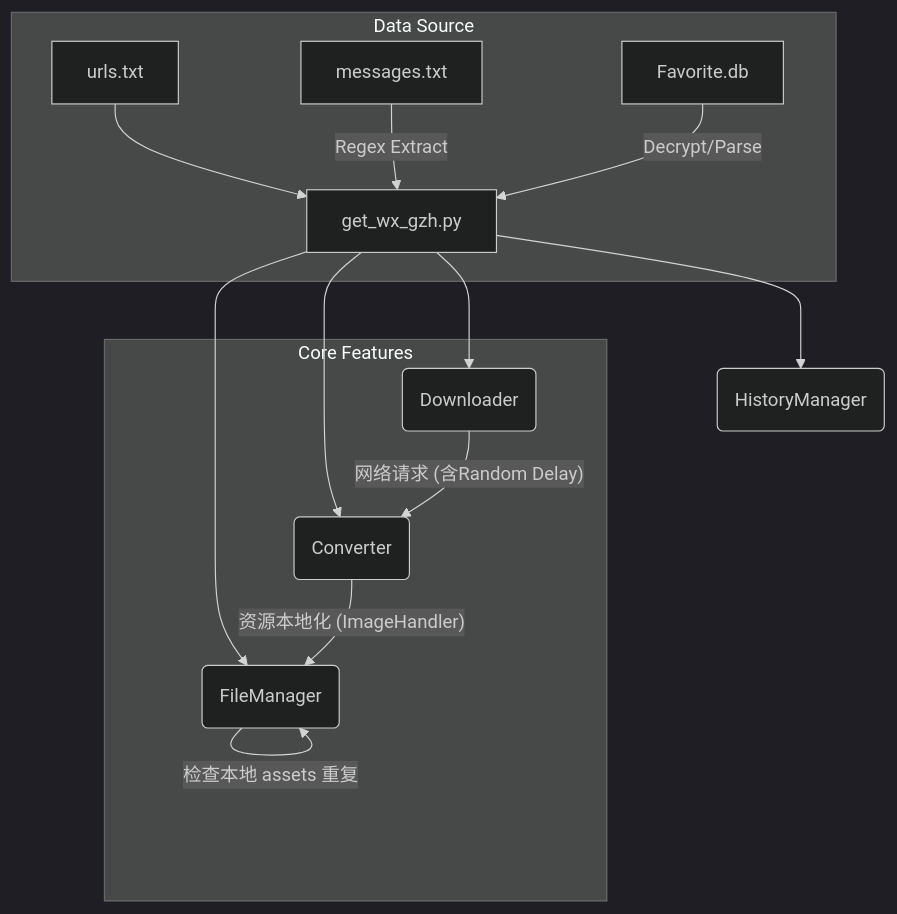
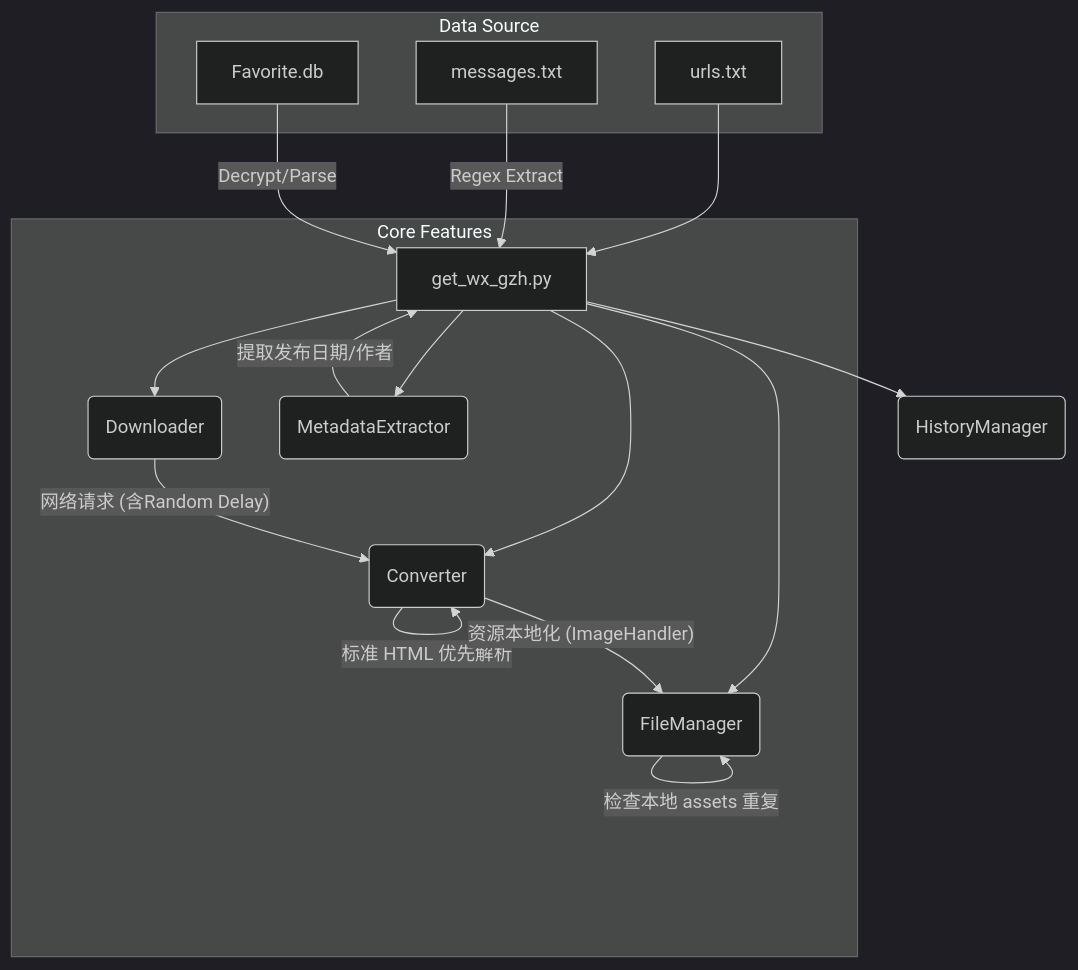
The diagram in ARCHITECTURE.md (gzxmren/wechat_gzh_downloader), drawn with Mermaid (dark theme) before and after one commit. The commit also changed other lines of this file and 285 other files, not shown here.

````diff
--- a/ARCHITECTURE.md
+++ b/ARCHITECTURE.md
@@ -7,19 +7,22 @@
 ```mermaid
 graph TD
     A[get_wx_gzh.py] --> B(Downloader)
     A --> C(Converter)
     A --> D(FileManager)
     A --> E(HistoryManager)
+    A --> M(MetadataExtractor)
     
     subgraph Core Features
     B -- 网络请求 (含Random Delay) --> C
+    C -- 标准 HTML 优先解析 --> C
     C -- 资源本地化 (ImageHandler) --> D
+    M -- 提取发布日期/作者 --> A
     D -- 检查本地 assets 重复 --> D
     end
     
     subgraph Data Source
     F[urls.txt] --> A
     G[messages.txt] -- Regex Extract --> A
     H[Favorite.db] -- Decrypt/Parse --> A
     end
 ```
````
